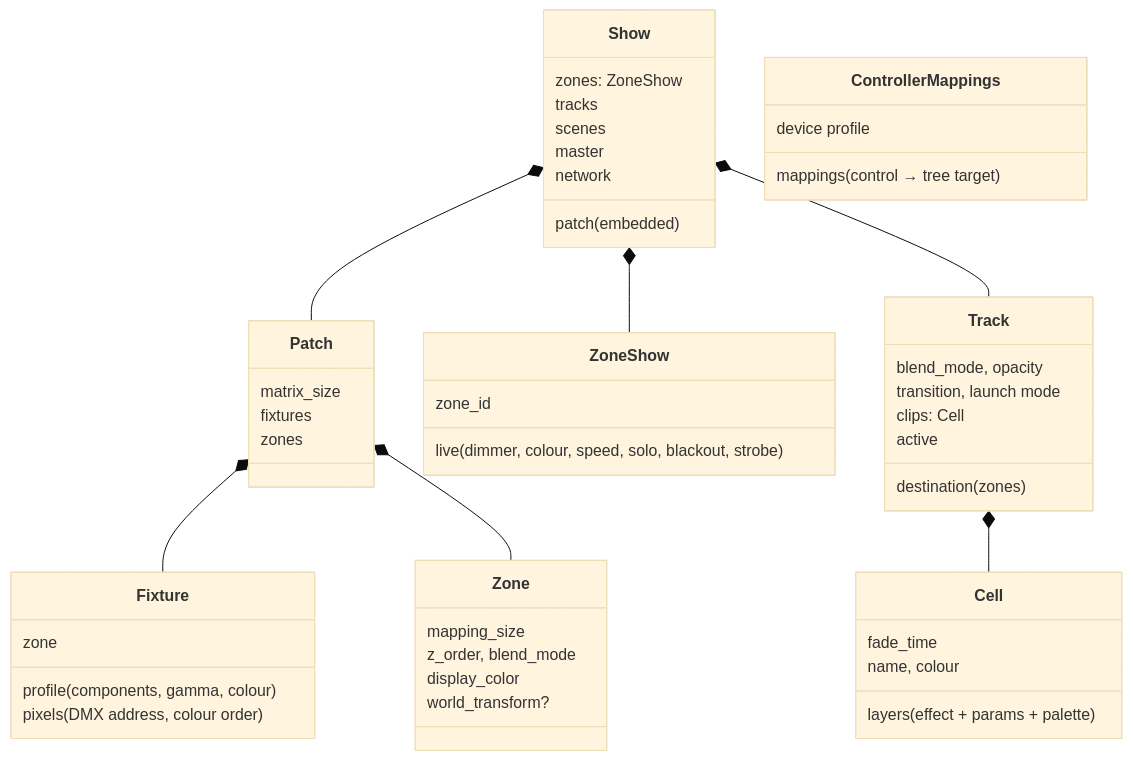
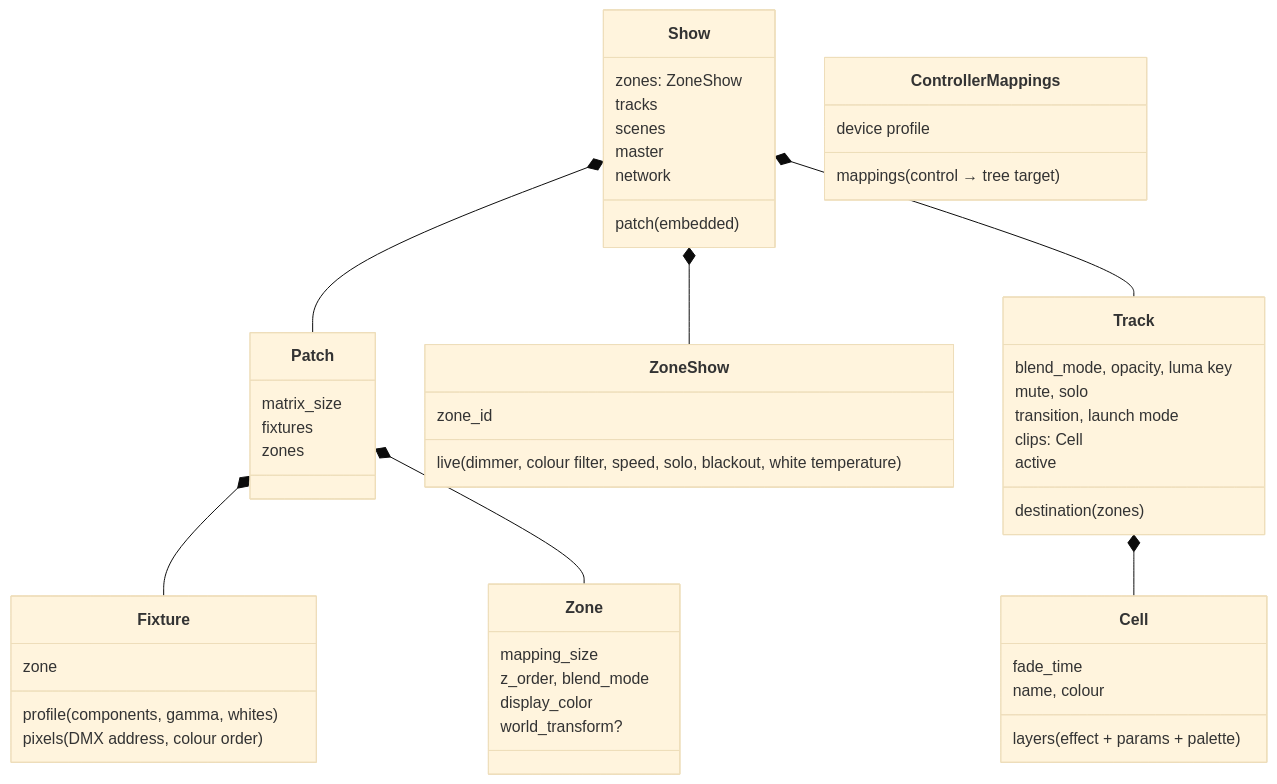
Before and after one commit to roccba/prisma-lighting: the second of 5 diagrams in ARCHITECTURE.md, drawn with Mermaid (base theme). The commit also changed other lines of this file, not shown here.

First line of the commit message:
ARCHITECTURE: match the code after live model phases 1-2b and whites

````diff
--- a/ARCHITECTURE.md
+++ b/ARCHITECTURE.md
@@ -65,53 +65,54 @@
 ```mermaid
 classDiagram
     class Patch {
         matrix_size
         fixtures
         zones
     }
     class Fixture {
-        profile (components, gamma, colour)
+        profile (components, gamma, whites)
         pixels (DMX address, colour order)
         zone
     }
     class Zone {
         mapping_size
         z_order, blend_mode
         display_color
         world_transform?
     }
     class Show {
         patch (embedded)
         zones: ZoneShow
         tracks
         scenes
         master
         network
     }
     class ZoneShow {
         zone_id
-        live (dimmer, colour, speed, solo, blackout, strobe)
+        live (dimmer, colour filter, speed, solo, blackout, white temperature)
     }
     class Track {
         destination (zones)
-        blend_mode, opacity
+        blend_mode, opacity, luma key
+        mute, solo
         transition, launch mode
         clips: Cell
         active
     }
     class Cell {
         layers (effect + params + palette)
         fade_time
         name, colour
     }
     class ControllerMappings {
         mappings (control → tree target)
         device profile
     }
     Patch *-- Fixture
     Patch *-- Zone
     Show *-- Patch
     Show *-- ZoneShow
     Show *-- Track
     Track *-- Cell
 ```
````
